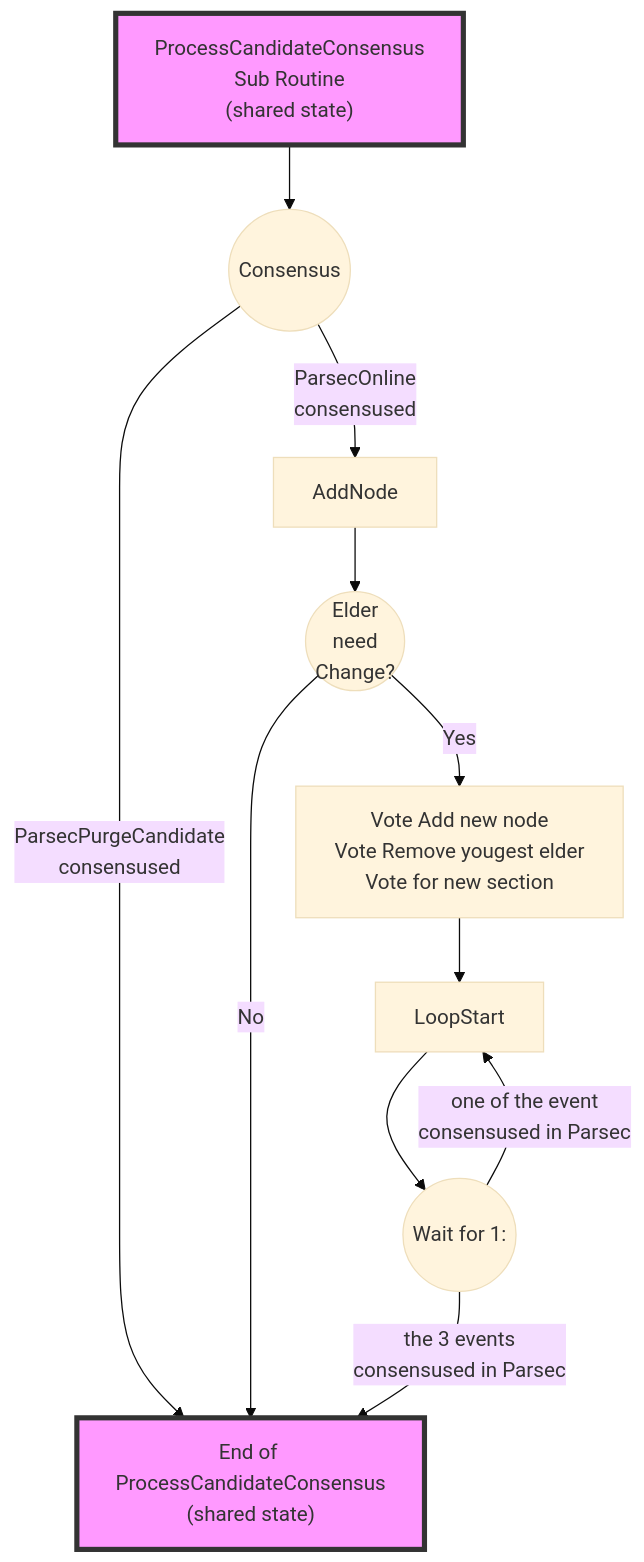
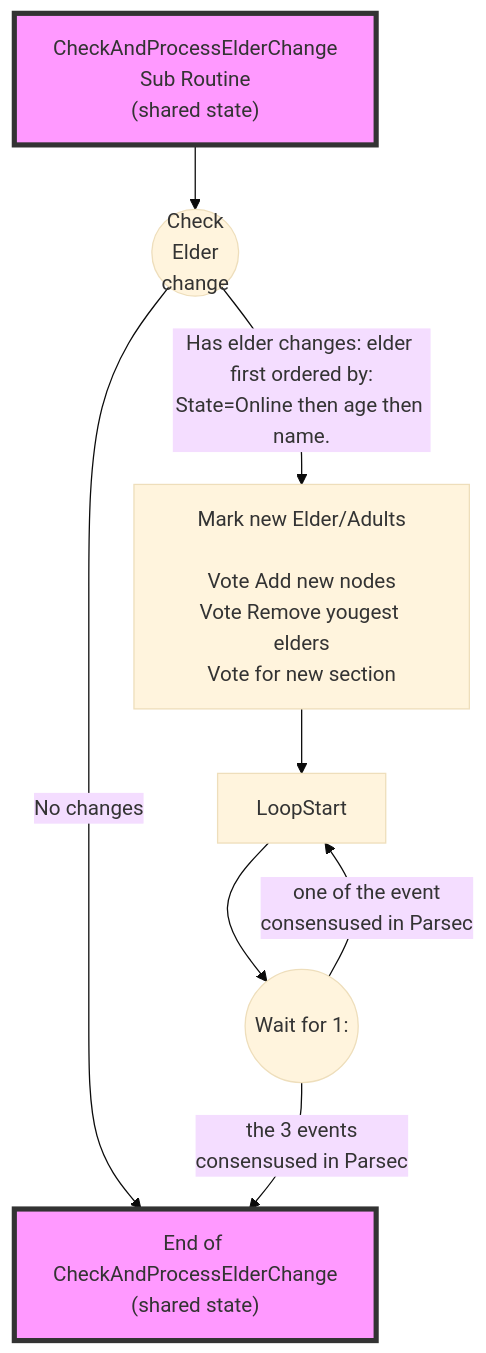
The third of 5 diagrams in routing_model/flow.md (maidsafe/routing_model), drawn with Mermaid (base theme) before and after one commit. The commit also changed other lines of this file and 2 other files, not shown here.

Commit message:
Merge check elder flow add states, make symetrical, add html view.

````diff
--- a/routing_model/flow.md
+++ b/routing_model/flow.md
@@ -139,26 +146,22 @@
 ```mermaid
 graph TB
-    ProcessCandidateConsensus["ProcessCandidateConsensus<br/>Sub Routine<br/>(shared state)"]
-    EndRoutine["End of ProcessCandidateConsensus<br/>(shared state)"]
-    style ProcessCandidateConsensus fill:#f9f,stroke:#333,stroke-width:4px
+    CheckAndProcessElderChange["CheckAndProcessElderChange<br/>Sub Routine<br/>(shared state)"]
+    EndRoutine["End of CheckAndProcessElderChange<br/>(shared state)"]
+    style CheckAndProcessElderChange fill:#f9f,stroke:#333,stroke-width:4px
     style EndRoutine fill:#f9f,stroke:#333,stroke-width:4px
 
-    ProcessCandidateConsensus --> Consensus
 
-    Consensus((Consensus))
-    CheckElderChange((Elder<br/>need<br/>Change?))
-    VoteSwapNewElder["Vote Add new node<br/>Vote Remove yougest elder<br/>Vote for new section"]
+    MarkAndVoteSwapNewElder["Mark new Elder/Adults<br/><br/>Vote Add new nodes<br/>Vote Remove yougest elders<br/>Vote for new section"]
+
+    CheckAndProcessElderChange -->  CheckElderChange
+
+    CheckElderChange(("Check<br/>Elder<br/>change"))
     WaitFor(("Wait for 1:"))
-    Consensus -- ParsecPurgeCandidate<br/>consensused --> EndRoutine
-    Consensus -- ParsecOnline<br/>consensused --> AddNode
-    AddNode --> CheckElderChange
-    CheckElderChange -- No --> EndRoutine
-    CheckElderChange -- Yes --> VoteSwapNewElder
-    VoteSwapNewElder --> LoopStart
+    CheckElderChange -- "No changes" --> EndRoutine
+    CheckElderChange -- "Has elder changes: elder first ordered by:<br/>State=Online then age then name." --> MarkAndVoteSwapNewElder
+    MarkAndVoteSwapNewElder --> LoopStart
     LoopStart --> WaitFor
 
     WaitFor--"one of the event<br/>consensused in Parsec"--> LoopStart
     WaitFor--"the 3 events <br/>consensused in Parsec"-->EndRoutine
-
-
 ```
````
